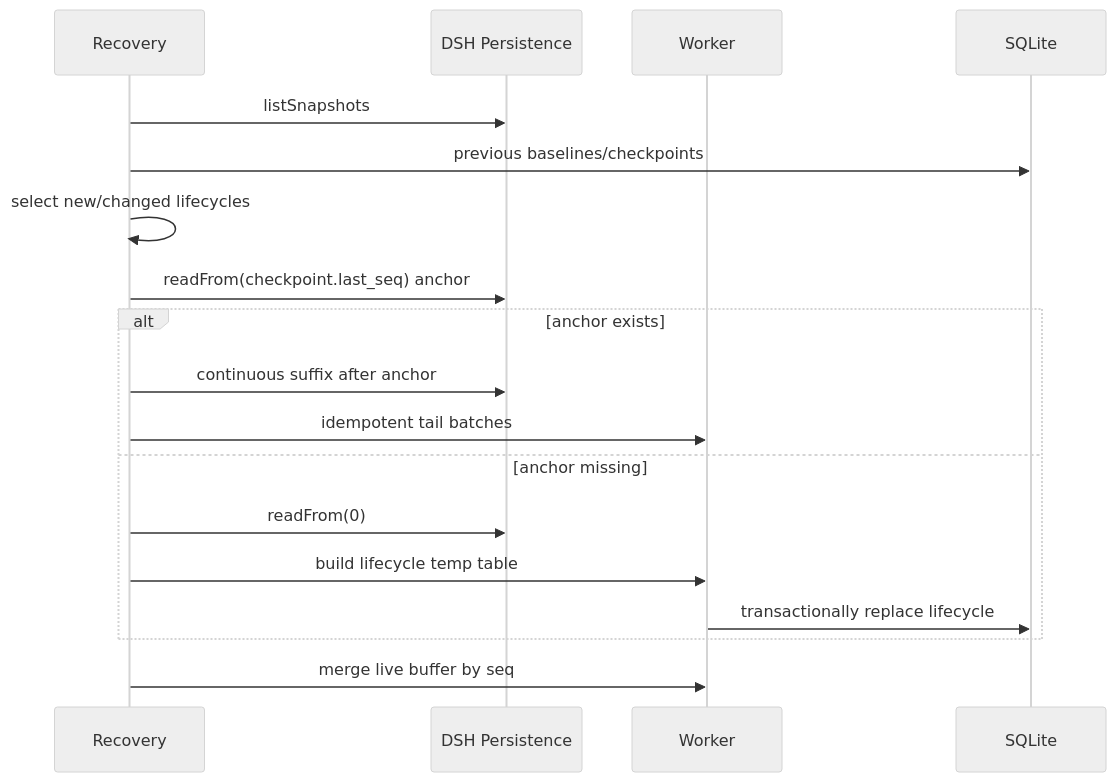
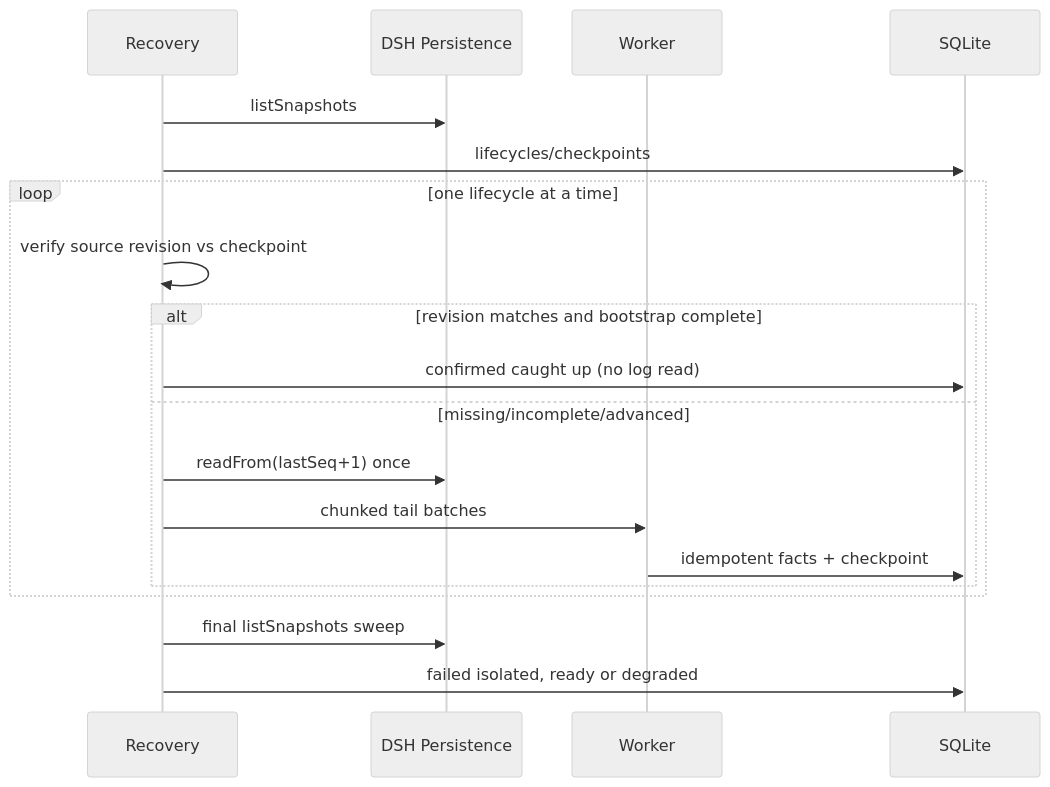
Before and after one commit to easonLiangWorldedtech/dsh-token-dashboard: the sixth of 6 diagrams in docs/durable-usage-architecture.md, drawn with Mermaid (neutral theme). The commit also changed other lines of this file and 1 other file, not shown here.

Commit message:
docs: align architecture doc and glossary with implemented recovery
A doc audit against the shipped code found stale inherited descriptions
that contradicted the implemented completeness pass:

- The cross-thread protocol line still claimed five commands while the
  contract union carries run-epoch and projection-state commands.
- The init/recovery sequence diagrams still showed the old baseline-diff
  selection, per-session pre-flush, live-buffer merge and an anchor-based
  from-0 re-projection branch that the code does not implement.
- The 1s/5s/30s per-read retry, live soft-pressure pause and live-buffer
  handoff ready-gate conditions describe mechanisms that do not exist;
  failures are isolated immediately and retried on the next startup or
  periodic pass.
- CONTEXT.md entries (recovery anchor, init cut, init failure, init gate)
  claimed the same unimplemented anchor path and listener-staged live
  increments.

The anchor-missing path is now recorded as a deferred design in the known
limitations section, matching the PR's stated limitation that truncated
logs below a checkpoint surface as scan_failed (degraded).

````diff
--- a/docs/durable-usage-architecture.md
+++ b/docs/durable-usage-architecture.md
@@ -420,20 +417,21 @@
 ```mermaid
 sequenceDiagram
   participant H as Recovery
   participant P as DSH Persistence
   participant W as Worker
   participant S as SQLite
   H->>P: listSnapshots
-  H->>S: previous baselines/checkpoints
-  H->>H: select new/changed lifecycles
-  H->>P: readFrom(checkpoint.last_seq) anchor
-  alt anchor exists
-    H->>P: continuous suffix after anchor
-    H->>W: idempotent tail batches
-  else anchor missing
-    H->>P: readFrom(0)
-    H->>W: build lifecycle temp table
-    W->>S: transactionally replace lifecycle
+  H->>S: lifecycles/checkpoints
+  loop one lifecycle at a time
+    H->>H: verify source revision vs checkpoint
+    alt revision matches and bootstrap complete
+      H->>S: confirmed caught up (no log read)
+    else missing/incomplete/advanced
+      H->>P: readFrom(lastSeq+1) once
+      H->>W: chunked tail batches
+      W->>S: idempotent facts + checkpoint
+    end
   end
-  H->>W: merge live buffer by seq
+  H->>P: final listSnapshots sweep
+  H->>S: failed isolated, ready or degraded
 ```
````
